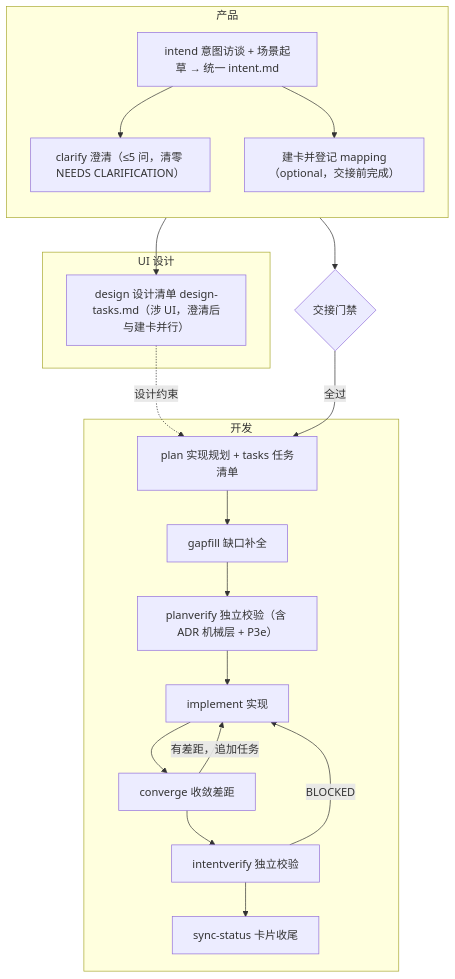
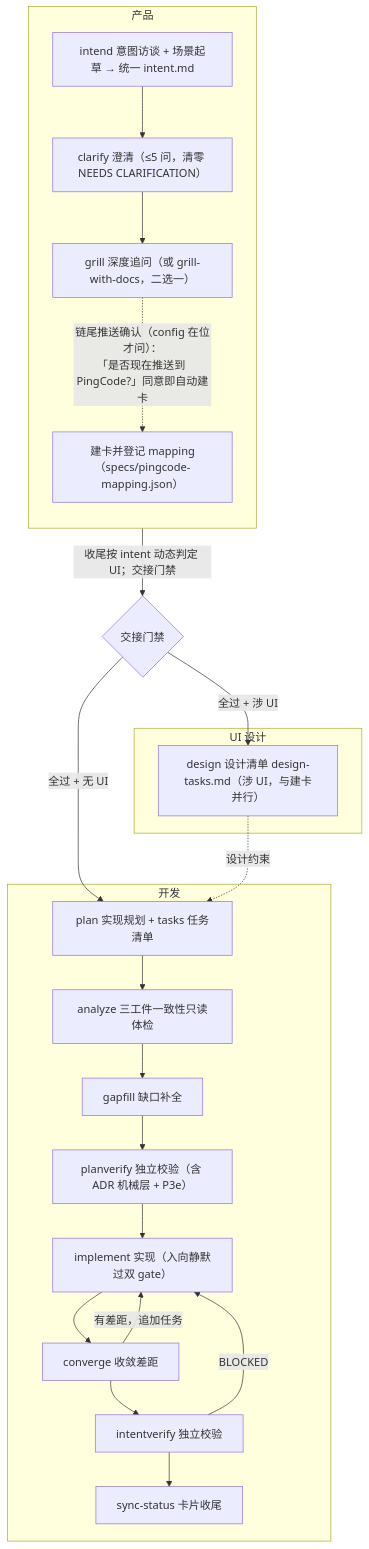
The second of 2 diagrams in docs/guides/AI Native实践指南.md (HJXArthurAtlas/Delivery-Harness), drawn with Mermaid before and after one commit. The commit also changed other lines of this file and 2 other files, not shown here.

Commit message:
docs(guides): 同步链式交互契约与 analyze 主链至三份指南

````diff
--- a/docs/guides/AI Native实践指南.md
+++ b/docs/guides/AI Native实践指南.md
@@ -183,21 +183,20 @@
 ```mermaid
 flowchart TD
   subgraph PM["产品"]
     direction TB
-    SP["intend 意图访谈 + 场景起草 → 统一 intent.md"] --> CL["clarify 澄清（≤5 问，清零 NEEDS CLARIFICATION）"]
-    PC["建卡并登记 mapping（optional，交接前完成）"]
+    SP["intend 意图访谈 + 场景起草 → 统一 intent.md"] --> CL["clarify 澄清（≤5 问，清零 NEEDS CLARIFICATION）"] --> GR["grill 深度追问（或 grill-with-docs，二选一）"]
+    GR -.->|"链尾推送确认（config 在位才问）：<br/>「是否现在推送到 PingCode?」同意即自动建卡"| PC["建卡并登记 mapping（specs/pingcode-mapping.json）"]
   end
   subgraph DS["UI 设计"]
-    DE["design 设计清单 design-tasks.md（涉 UI，澄清后与建卡并行）"]
+    DE["design 设计清单 design-tasks.md（涉 UI，与建卡并行）"]
   end
   subgraph DV["开发"]
-    PL["plan 实现规划 + tasks 任务清单"] --> GF["gapfill 缺口补全"] --> PV["planverify 独立校验（含 ADR 机械层 + P3e）"] --> IM["implement 实现"] --> CV["converge 收敛差距"] --> IV["intentverify 独立校验"] --> ST["sync-status 卡片收尾"]
+    PL["plan 实现规划 + tasks 任务清单"] --> AN["analyze 三工件一致性只读体检"] --> GF["gapfill 缺口补全"] --> PV["planverify 独立校验（含 ADR 机械层 + P3e）"] --> IM["implement 实现（入向静默过双 gate）"] --> CV["converge 收敛差距"] --> IV["intentverify 独立校验"] --> ST["sync-status 卡片收尾"]
     CV -->|有差距，追加任务| IM
     IV -->|BLOCKED| IM
   end
-  SP --> PC
-  CL --> DE
-  PC --> GA{"交接门禁"}
+  GR -->|"收尾按 intent 动态判定 UI；交接门禁"| GA{"交接门禁"}
+  GA -->|"全过 + 涉 UI"| DE
+  GA -->|"全过 + 无 UI"| PL
   DE -. 设计约束 .-> PL
-  GA -->|全过| PL
 ```
````
